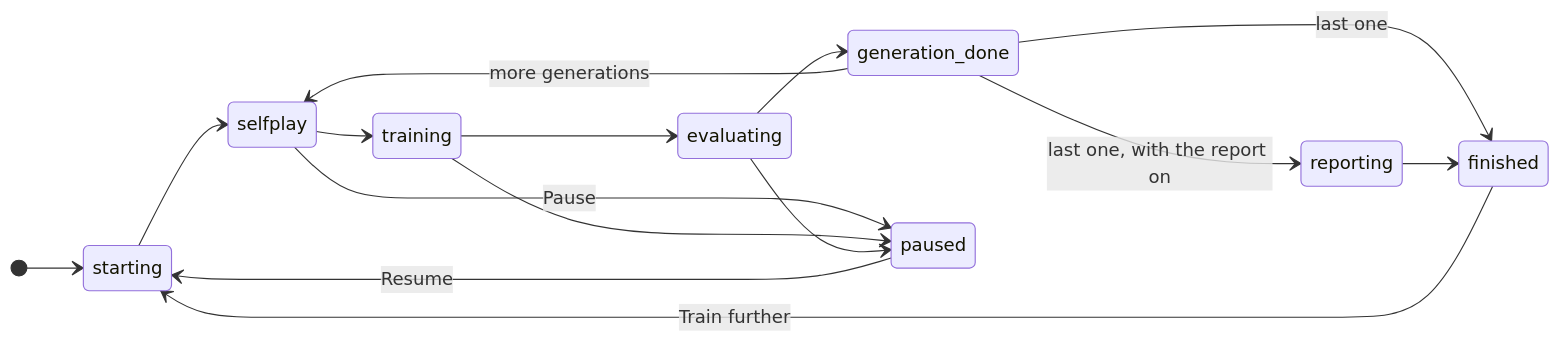
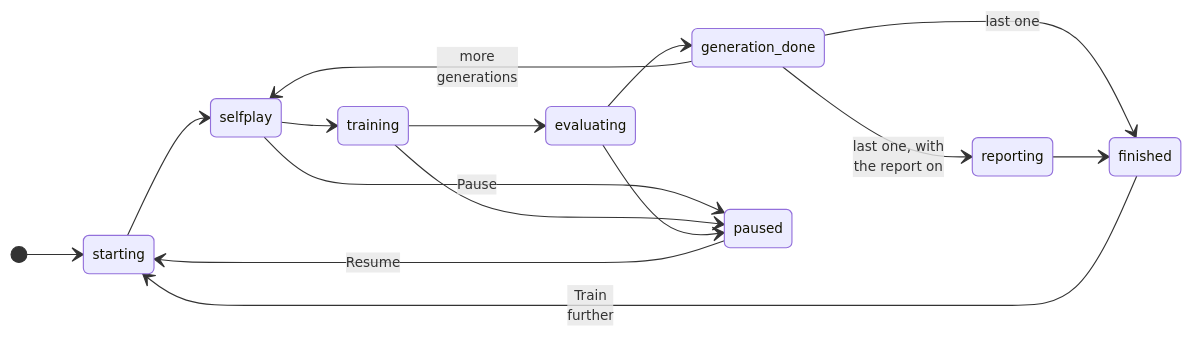
The second of 3 diagrams in docs/TRAINING.md (Aditya-00786/csf407-fable-chaturanga-zero), drawn with Mermaid before and after one commit. The commit also changed other lines of this file and 8 other files, not shown here.

First line of the commit message:
docs: full diagrams again, sized to fit a screen; Milestone 4 at 95%

````diff
--- a/docs/TRAINING.md
+++ b/docs/TRAINING.md
@@ -85,18 +93,19 @@
 ```mermaid
+%%{init: {"themeVariables": {"fontSize": "12px"}}}%%
 stateDiagram-v2
     direction LR
     [*] --> starting
     starting --> selfplay
     selfplay --> training
     training --> evaluating
     evaluating --> generation_done
-    generation_done --> selfplay: more generations
-    generation_done --> reporting: last one, with the report on
+    generation_done --> selfplay: more<br/>generations
+    generation_done --> reporting: last one, with<br/>the report on
     generation_done --> finished: last one
     reporting --> finished
     selfplay --> paused: Pause
     training --> paused
     evaluating --> paused
     paused --> starting: Resume
-    finished --> starting: Train further
+    finished --> starting: Train<br/>further
 ```
````
